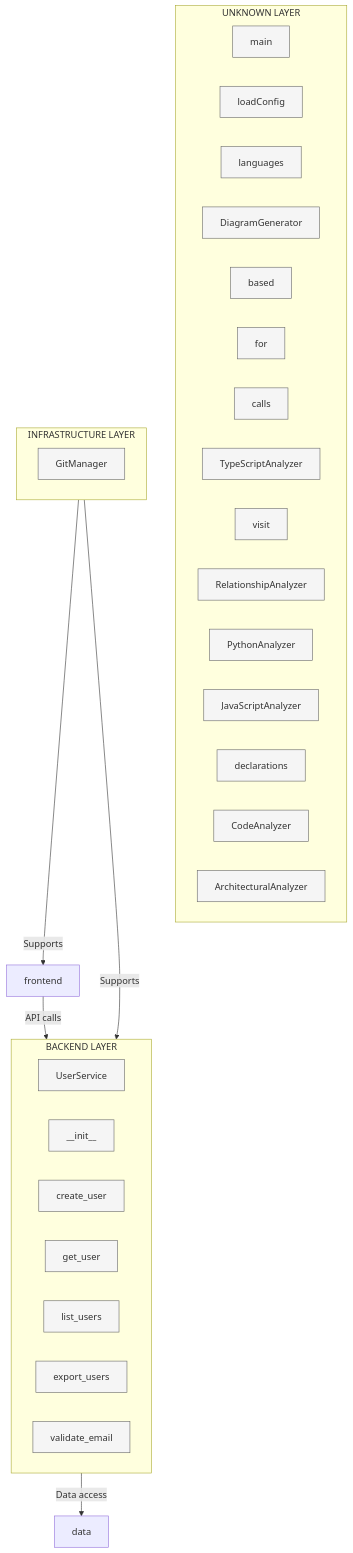
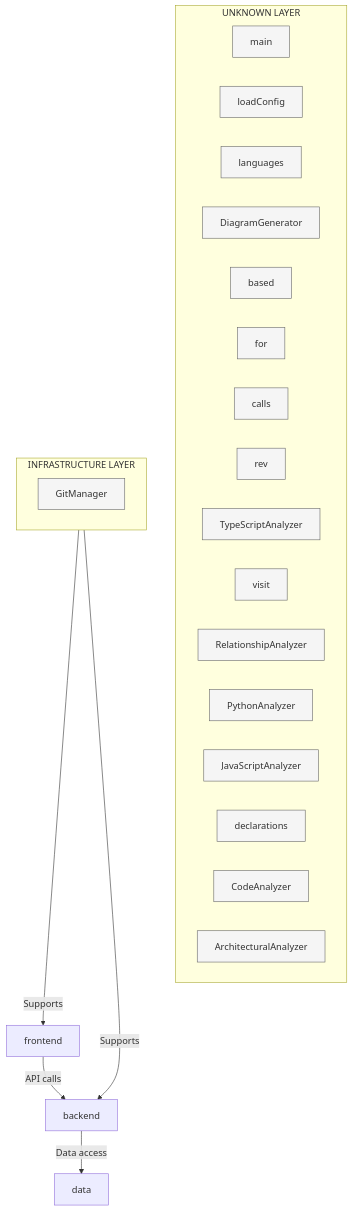
Before and after one commit to samjhill/diagrammer: the diagram in docs/architecture/layeredArchitecture.md, drawn with Mermaid. The commit also changed other lines of this file and 7 other files, not shown here.

Commit message:
docs: Update architecture diagrams [skip ci]

````diff
--- a/docs/architecture/layeredArchitecture.md
+++ b/docs/architecture/layeredArchitecture.md
@@ -7,73 +7,57 @@
 ```mermaid
 graph TB
   classDef frontend fill:#e3f2fd,stroke:#1976d2,stroke-width:3px
   classDef backend fill:#e8f5e8,stroke:#388e3c,stroke-width:3px
   classDef data fill:#fff3e0,stroke:#f57c00,stroke-width:3px
   classDef infrastructure fill:#f3e5f5,stroke:#7b1fa2,stroke-width:3px
   classDef component fill:#f5f5f5,stroke:#666,stroke-width:1px
 
   subgraph unknown["UNKNOWN LAYER"]
     classDef unknownClass fill:#f5f5f5,stroke:#666,stroke-width:1px
     main["main"]
     main:::component
     loadConfig["loadConfig"]
     loadConfig:::component
     languages["languages"]
     languages:::component
     DiagramGenerator["DiagramGenerator"]
     DiagramGenerator:::component
     based["based"]
     based:::component
     for["for"]
     for:::component
     calls["calls"]
     calls:::component
+    rev["rev"]
+    rev:::component
     TypeScriptAnalyzer["TypeScriptAnalyzer"]
     TypeScriptAnalyzer:::component
     visit["visit"]
     visit:::component
     RelationshipAnalyzer["RelationshipAnalyzer"]
     RelationshipAnalyzer:::component
     PythonAnalyzer["PythonAnalyzer"]
     PythonAnalyzer:::component
     JavaScriptAnalyzer["JavaScriptAnalyzer"]
     JavaScriptAnalyzer:::component
     declarations["declarations"]
     declarations:::component
     CodeAnalyzer["CodeAnalyzer"]
     CodeAnalyzer:::component
     ArchitecturalAnalyzer["ArchitecturalAnalyzer"]
     ArchitecturalAnalyzer:::component
   end
 
   subgraph infrastructure["INFRASTRUCTURE LAYER"]
     classDef infrastructureClass fill:#f5f5f5,stroke:#666,stroke-width:1px
     GitManager["GitManager"]
     GitManager:::component
   end
 
-  subgraph backend["BACKEND LAYER"]
-    classDef backendClass fill:#f5f5f5,stroke:#666,stroke-width:1px
-    UserService["UserService"]
-    UserService:::component
-    __init__["__init__"]
-    __init__:::component
-    create_user["create_user"]
-    create_user:::component
-    get_user["get_user"]
-    get_user:::component
-    list_users["list_users"]
-    list_users:::component
-    export_users["export_users"]
-    export_users:::component
-    validate_email["validate_email"]
-    validate_email:::component
-  end
-
   %% Layer relationships
   frontend -->|API calls| backend
   backend -->|Data access| data
   infrastructure -->|Supports| frontend
   infrastructure -->|Supports| backend
 
 ```
````
